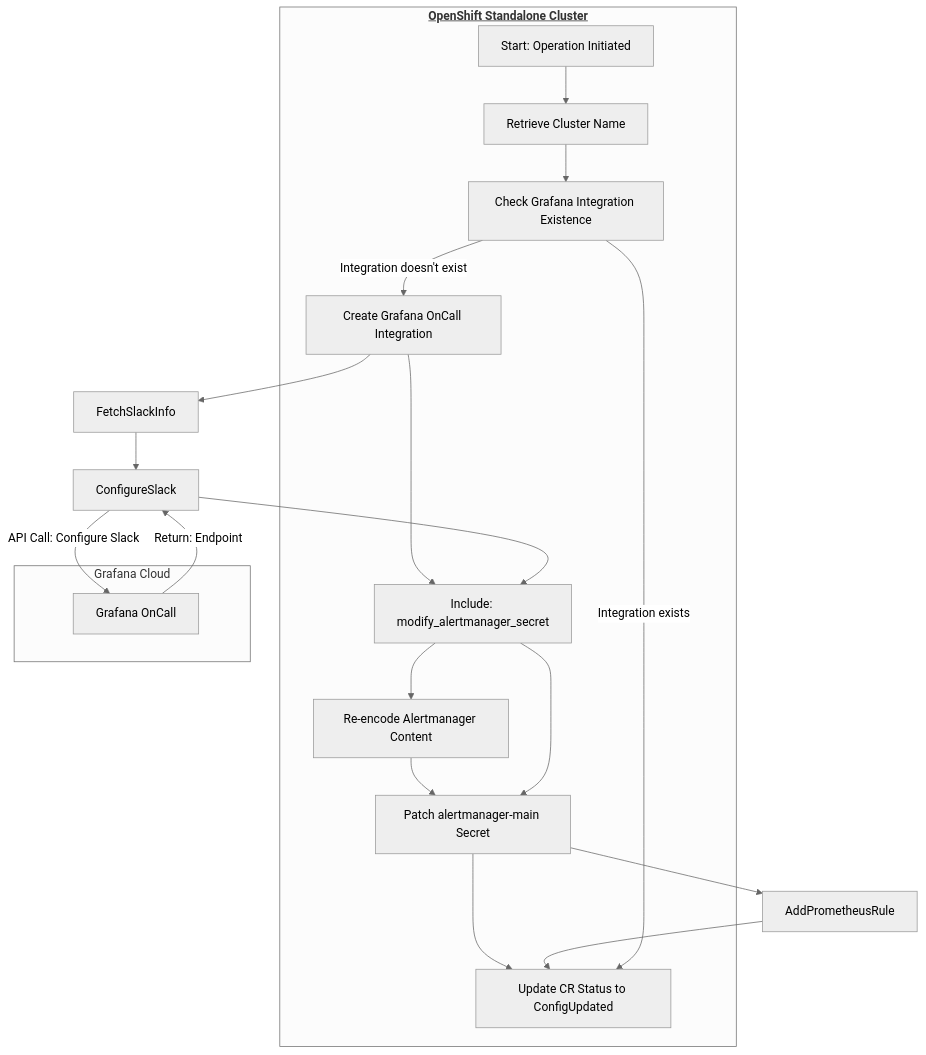
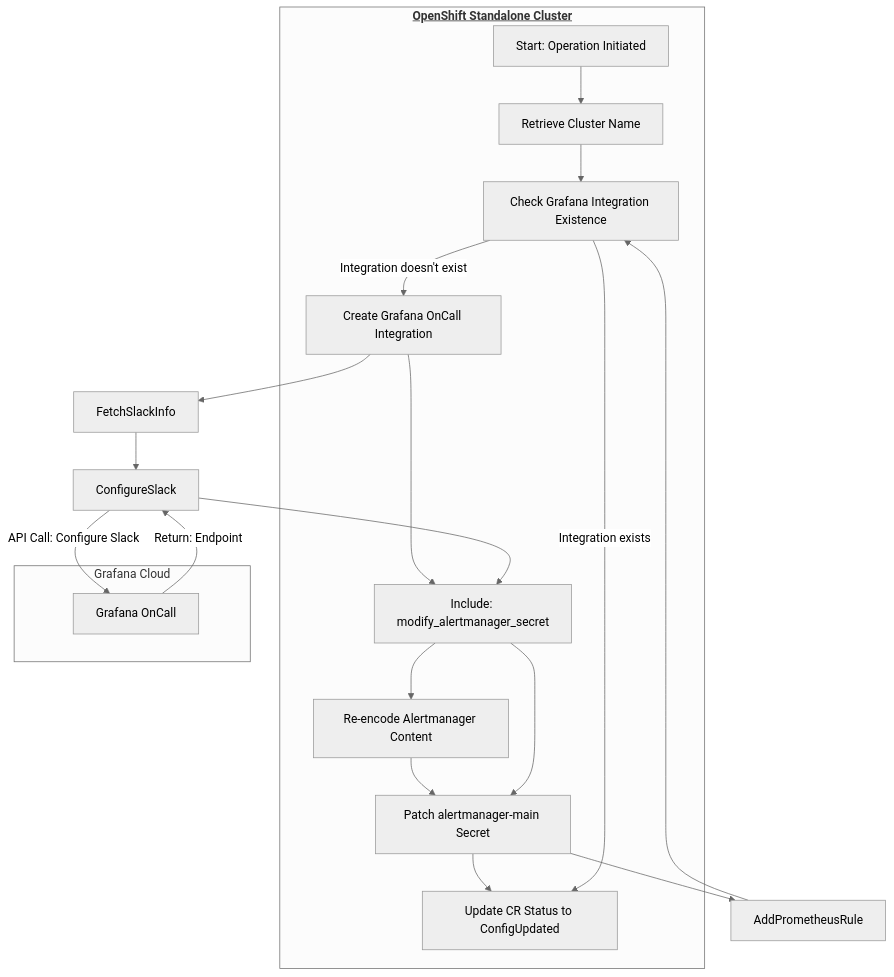
One commit to stakater/grafana-cloud-ansible-operator changed the second of 2 diagrams in README.md. Above: the diagram before and after it, drawn with Mermaid (neutral theme). The commit also changed 1 other file, not shown here.

Commit message:
Updates and fixes

````diff
--- a/README.md
+++ b/README.md
@@ -101,35 +101,35 @@
     ```mermaid
     graph TD
 
         subgraph "<u><b>OpenShift Standalone Cluster</b></u>"
             Init[Start: Operation Initiated]
             GetClusterName[Retrieve Cluster Name]
             CheckIntegration[Check Grafana Integration Existence]
             CreateIntegration[Create Grafana OnCall Integration]
             ModSecret[Include: modify_alertmanager_secret]
             Reencode[Re-encode Alertmanager Content]
             PatchSecret[Patch alertmanager-main Secret]
             UpdateCR[Update CR Status to ConfigUpdated]
             Init --> GetClusterName
             GetClusterName --> CheckIntegration
             CheckIntegration -- Integration doesn't exist --> CreateIntegration
             CreateIntegration --> ModSecret
             ModSecret --> Reencode
             Reencode --> PatchSecret
             PatchSecret --> UpdateCR
         end
 
         subgraph "Grafana Cloud"
             GO[Grafana OnCall]
         end
 
         CreateIntegration --> FetchSlackInfo
         FetchSlackInfo --> ConfigureSlack
         ConfigureSlack -->|API Call: Configure Slack| GO
         GO -->|Return: Endpoint| ConfigureSlack
         ConfigureSlack --> ModSecret
         ModSecret --> PatchSecret
         PatchSecret --> AddPrometheusRule
-        AddPrometheusRule --> UpdateCR
+        AddPrometheusRule --> CheckIntegration
         CheckIntegration -- Integration exists --> UpdateCR
     ```
````
